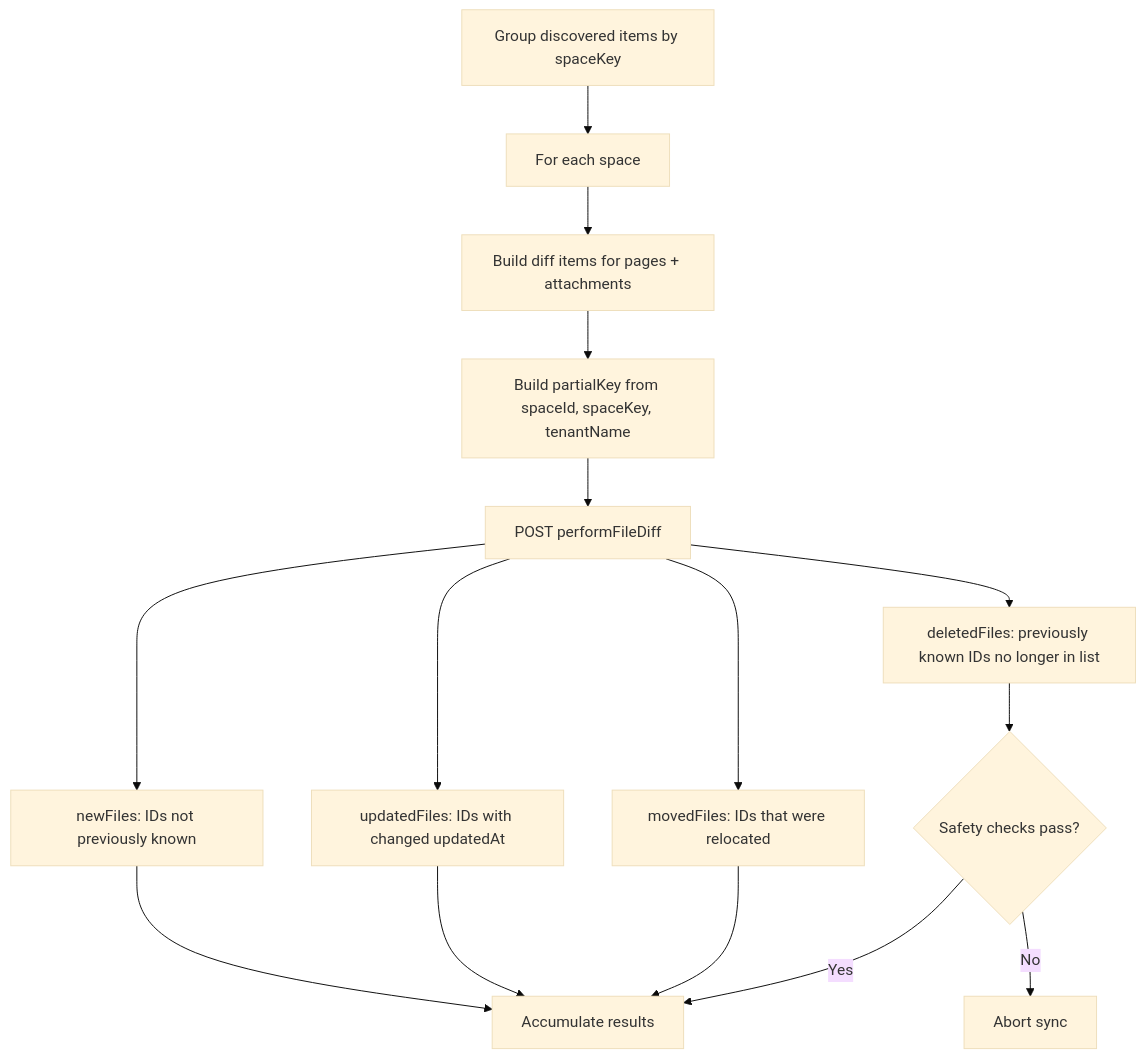
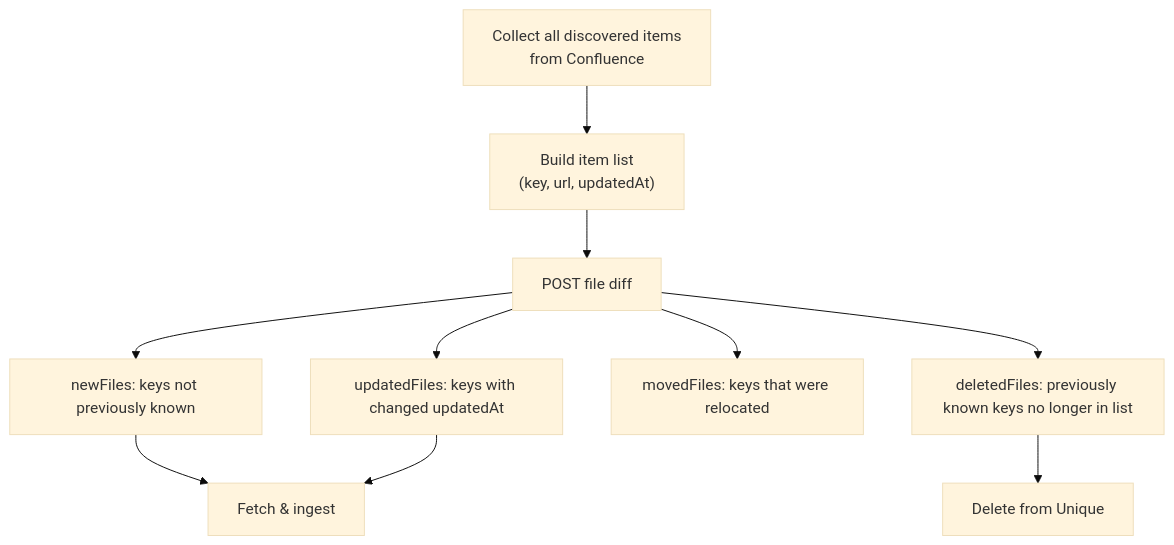
One commit to Unique-AG/connectors changed the fifth of 6 diagrams in services/confluence-connector/docs/technical/flows.md. Above: the diagram before and after it, drawn with Mermaid (base theme). The commit also changed other lines of this file, not shown here.

First line of the commit message:
refact: simplify File Diff Mechanism to match SharePoint template

````diff
--- a/services/confluence-connector/docs/technical/flows.md
+++ b/services/confluence-connector/docs/technical/flows.md
@@ -272,19 +266,14 @@
 ```mermaid
 flowchart TB
-    Start["Group discovered items by spaceKey"] --> Loop["For each space"]
-    Loop --> BuildItems["Build diff items for pages + attachments"]
-    BuildItems --> BuildPartialKey["Build partialKey from spaceId, spaceKey, tenantName"]
-    BuildPartialKey --> CallDiff["POST performFileDiff"]
+    Start["Collect all discovered items<br/>from Confluence"] --> BuildList["Build item list<br/>(key, url, updatedAt)"]
+    BuildList --> CallDiff["POST file diff"]
 
-    CallDiff --> NewFiles["newFiles: IDs not previously known"]
-    CallDiff --> UpdatedFiles["updatedFiles: IDs with changed updatedAt"]
-    CallDiff --> MovedFiles["movedFiles: IDs that were relocated"]
-    CallDiff --> DeletedFiles["deletedFiles: previously known IDs no longer in list"]
+    CallDiff --> NewFiles["newFiles: keys not previously known"]
+    CallDiff --> UpdatedFiles["updatedFiles: keys with changed updatedAt"]
+    CallDiff --> MovedFiles["movedFiles: keys that were relocated"]
+    CallDiff --> DeletedFiles["deletedFiles: previously known keys no longer in list"]
 
-    DeletedFiles --> SafetyCheck{"Safety checks pass?"}
-    SafetyCheck -->|Yes| AccumulateResults["Accumulate results"]
-    SafetyCheck -->|No| Abort["Abort sync"]
-    NewFiles --> AccumulateResults
-    UpdatedFiles --> AccumulateResults
-    MovedFiles --> AccumulateResults
+    NewFiles --> Ingest["Fetch & ingest"]
+    UpdatedFiles --> Ingest
+    DeletedFiles --> Delete["Delete from Unique"]
 ```
````
